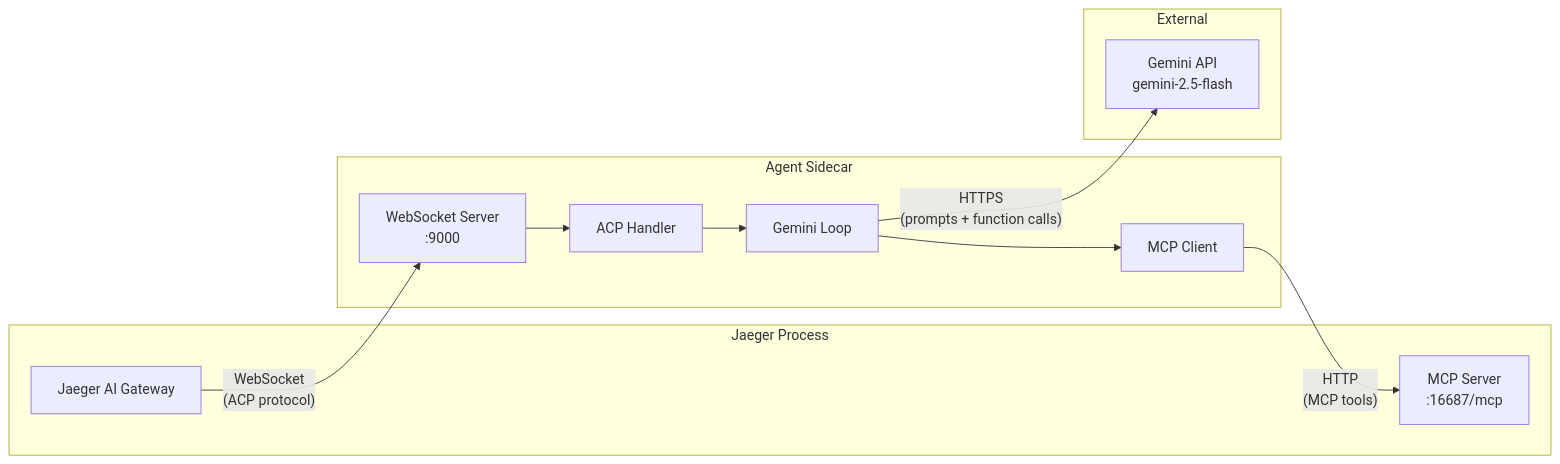
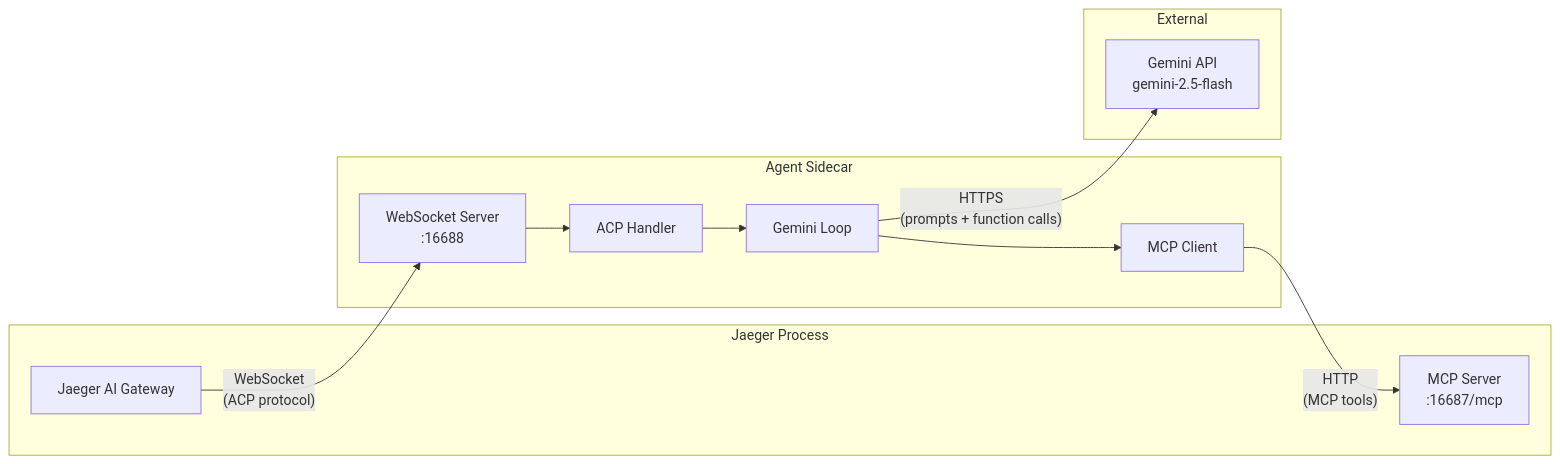
The first of 2 diagrams in scripts/ai-sidecar/gemini/README.md (jaegertracing/jaeger), drawn with Mermaid before and after one commit. The commit also changed other lines of this file and 7 other files, not shown here.

````diff
--- a/scripts/ai-sidecar/gemini/README.md
+++ b/scripts/ai-sidecar/gemini/README.md
@@ -60,24 +82,24 @@
 ```mermaid
 graph LR
     subgraph Jaeger Process
         GW[Jaeger AI Gateway]
         MCP[MCP Server<br/>:16687/mcp]
     end
 
     subgraph Agent Sidecar
-        WS[WebSocket Server<br/>:9000]
+        WS[WebSocket Server<br/>:16688]
         ACP[ACP Handler]
         Loop[Gemini Loop]
         Bridge[MCP Client]
     end
 
     subgraph External
         Gemini[Gemini API<br/>gemini-2.5-flash]
     end
 
     GW -- "WebSocket<br/>(ACP protocol)" --> WS
     WS --> ACP --> Loop
     Loop --> Bridge
     Bridge -- "HTTP<br/>(MCP tools)" --> MCP
     Loop -- "HTTPS<br/>(prompts + function calls)" --> Gemini
 ```
````
